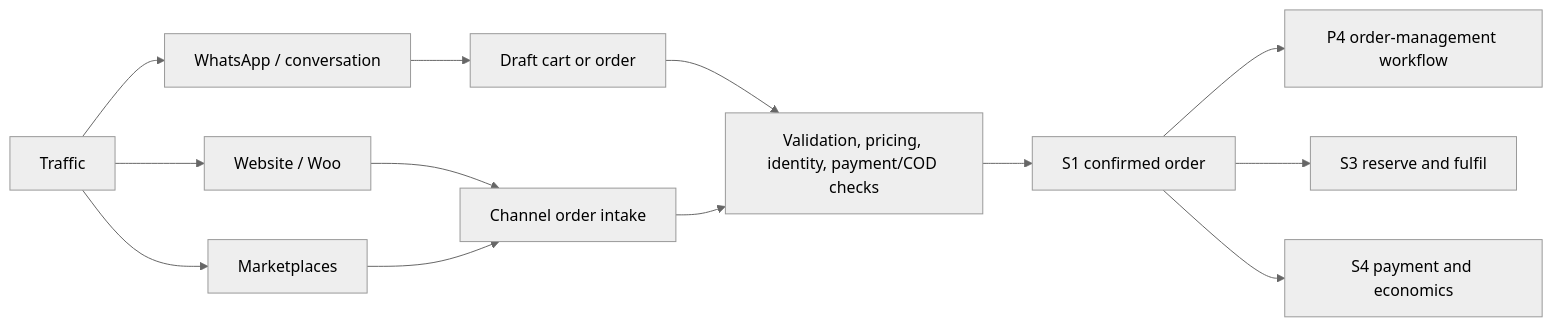
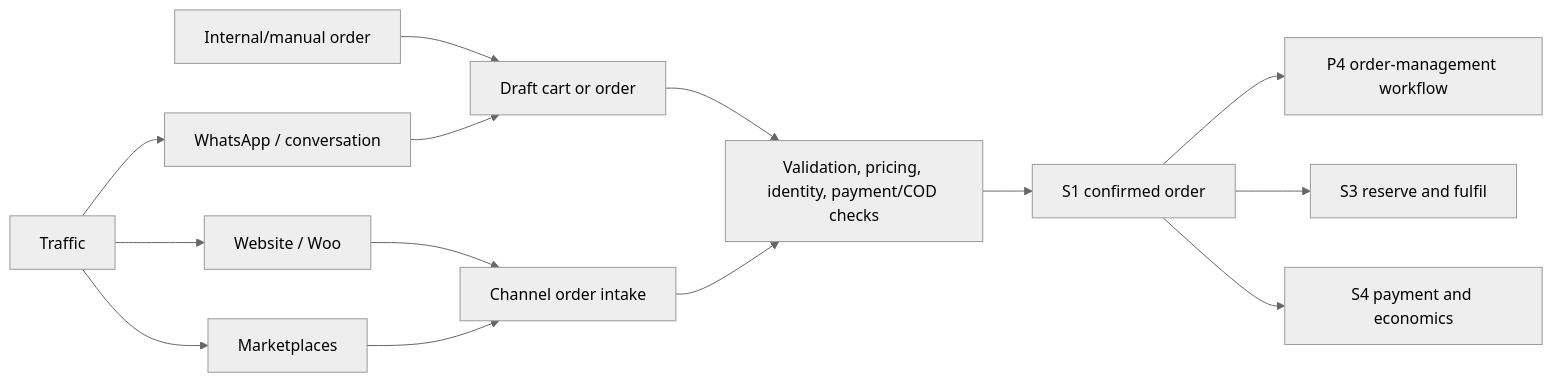
The diagram in docs/Spines/S1 - Customer and Order Hub.md (nadeemramli/effen-os), drawn with Mermaid (neutral theme) before and after one commit. The commit also changed other lines of this file and 18 other files, not shown here.

````diff
--- a/docs/Spines/S1 - Customer and Order Hub.md
+++ b/docs/Spines/S1 - Customer and Order Hub.md
@@ -31,15 +31,16 @@
 ```mermaid
 flowchart LR
     T["Traffic"] --> C["WhatsApp / conversation"]
     T --> W["Website / Woo"]
     T --> M["Marketplaces"]
+    X["Internal/manual order"] --> D
     C --> D["Draft cart or order"]
     W --> I["Channel order intake"]
     M --> I
     D --> V["Validation, pricing, identity, payment/COD checks"]
     I --> V
     V --> O["S1 confirmed order"]
     O --> P4["P4 order-management workflow"]
     O --> S3["S3 reserve and fulfil"]
     O --> S4["S4 payment and economics"]
 ```
````
